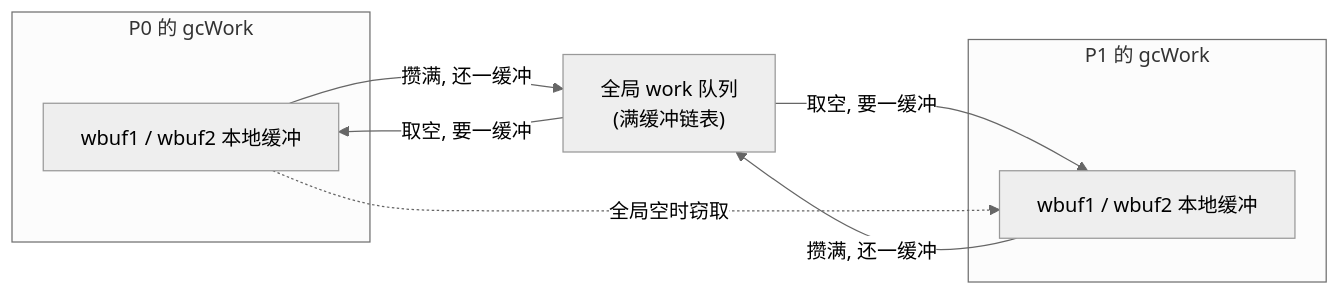
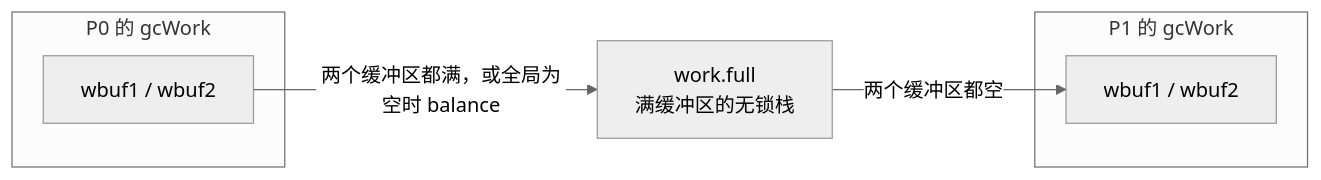
The diagram in book/zh-cn/part4memory/ch13gc/mark.md (golang-design/under-the-hood), drawn with Mermaid (neutral theme) before and after one commit. The commit also changed other lines of this file and 13 other files, not shown here.

````diff
--- a/book/zh-cn/part4memory/ch13gc/mark.md
+++ b/book/zh-cn/part4memory/ch13gc/mark.md
@@ -105,15 +141,12 @@
 ```mermaid
 flowchart LR
     subgraph P0["P0 的 gcWork"]
-        L0["wbuf1 / wbuf2 本地缓冲"]
+        L0["wbuf1 / wbuf2"]
     end
     subgraph P1["P1 的 gcWork"]
-        L1["wbuf1 / wbuf2 本地缓冲"]
+        L1["wbuf1 / wbuf2"]
     end
-    GQ["全局 work 队列<br/>(满缓冲链表)"]
-    L0 -->|"攒满, 还一缓冲"| GQ
-    GQ -->|"取空, 要一缓冲"| L0
-    L1 -->|"攒满, 还一缓冲"| GQ
-    GQ -->|"取空, 要一缓冲"| L1
-    L0 -.->|"全局空时窃取"| L1
+    GQ["work.full<br/>满缓冲区的无锁栈"]
+    L0 -->|"两个缓冲区都满，或全局为空时 balance"| GQ
+    GQ -->|"两个缓冲区都空"| L1
 ```
````
